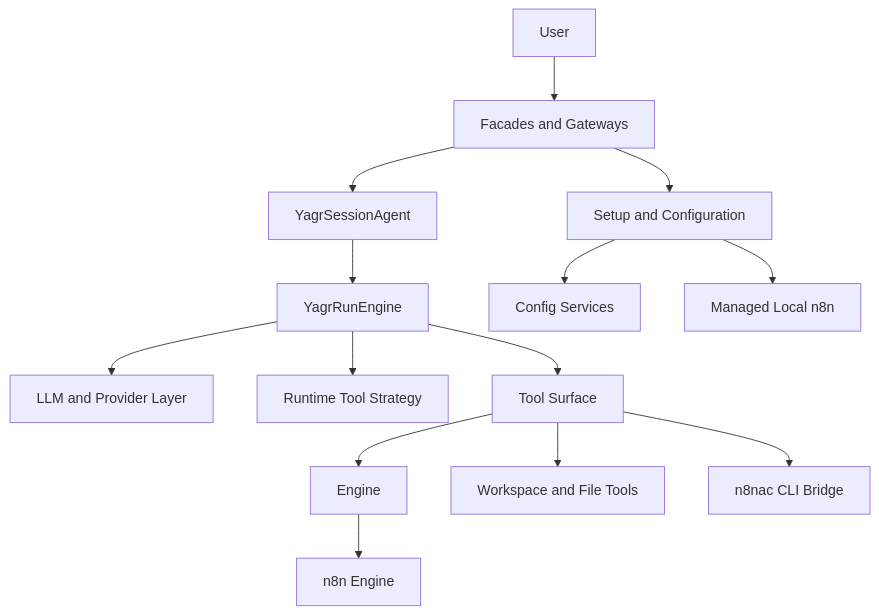
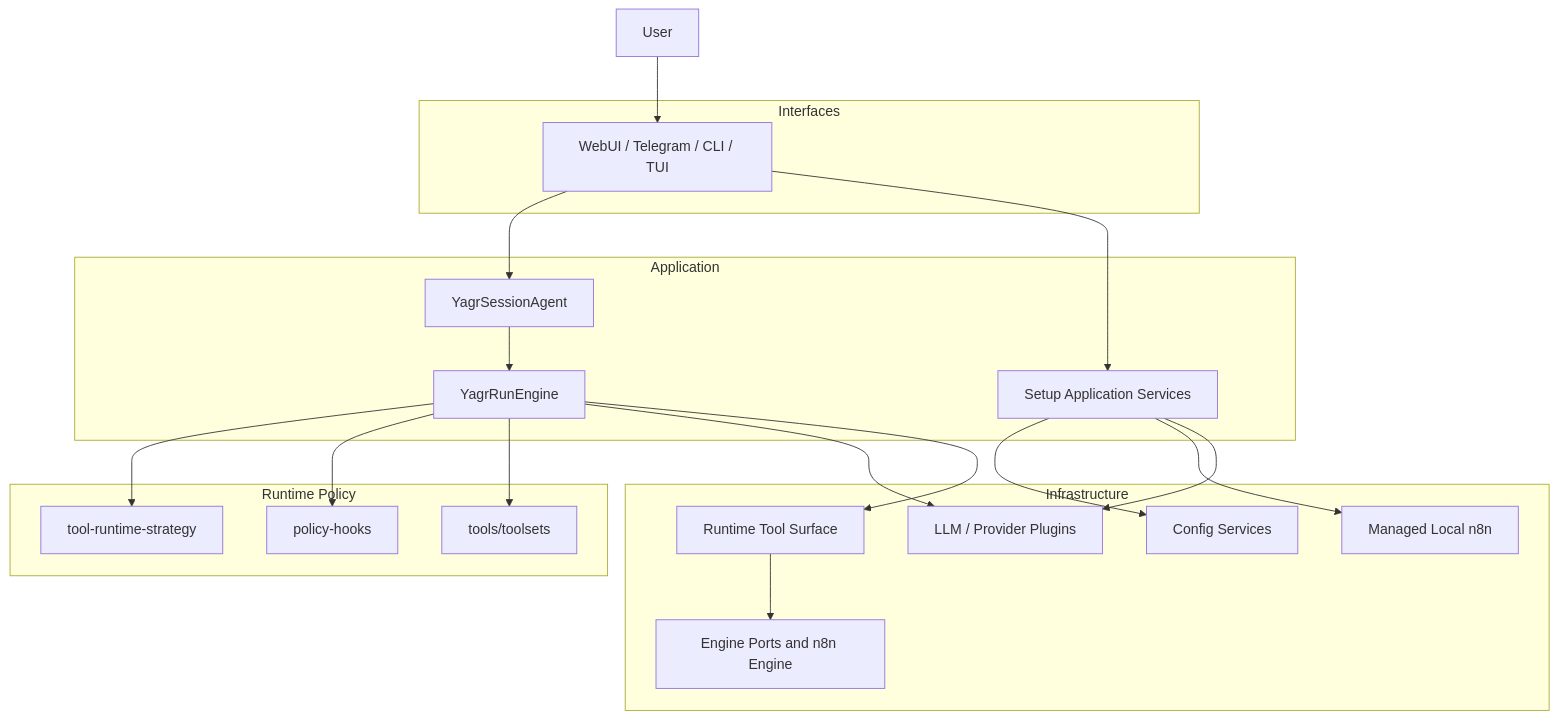
One commit to EtienneLescot/yagr changed the first of 4 diagrams in architecture/current/system-overview.md. Above: the diagram before and after it, drawn with Mermaid. The commit also changed other lines of this file and 3 other files, not shown here.

Commit message:
refactor: update architecture documentation to enhance clarity on module responsibilities and runtime flows

````diff
--- a/architecture/current/system-overview.md
+++ b/architecture/current/system-overview.md
@@ -7,16 +7,42 @@
 ```mermaid
 flowchart TD
-    User[User] --> Facades[Facades and Gateways]
-    Facades --> Agent[YagrSessionAgent]
-    Agent --> Runtime[YagrRunEngine]
-    Runtime --> LLM[LLM and Provider Layer]
-    Runtime --> RTS[Runtime Tool Strategy]
-    Runtime --> Tools[Tool Surface]
-    Tools --> Engine[Engine]
-    Tools --> Workspace[Workspace and File Tools]
-    Tools --> N8nac[n8nac CLI Bridge]
-    Engine --> N8n[n8n Engine]
-    Facades --> Setup[Setup and Configuration]
-    Setup --> Config[Config Services]
-    Setup --> N8nLocal[Managed Local n8n]
+    User[User]
+
+    subgraph Interfaces[Interfaces]
+      Facades[WebUI / Telegram / CLI / TUI]
+    end
+
+    subgraph Application[Application]
+      Agent[YagrSessionAgent]
+      Runtime[YagrRunEngine]
+      Setup[Setup Application Services]
+    end
+
+    subgraph RuntimePolicy[Runtime Policy]
+      RTS[tool-runtime-strategy]
+      Hooks[policy-hooks]
+      Toolsets[tools/toolsets]
+    end
+
+    subgraph Infra[Infrastructure]
+      LLM[LLM / Provider Plugins]
+      Tools[Runtime Tool Surface]
+      Engine[Engine Ports and n8n Engine]
+      Config[Config Services]
+      N8nLocal[Managed Local n8n]
+    end
+
+    User --> Facades
+    Facades --> Agent
+    Facades --> Setup
+    Agent --> Runtime
+    Runtime --> RTS
+    Runtime --> Hooks
+    Runtime --> Toolsets
+    Runtime --> LLM
+    Runtime --> Tools
+    Setup --> Config
+    Setup --> N8nLocal
+    Setup --> LLM
+    Tools --> Engine
 ```
````
